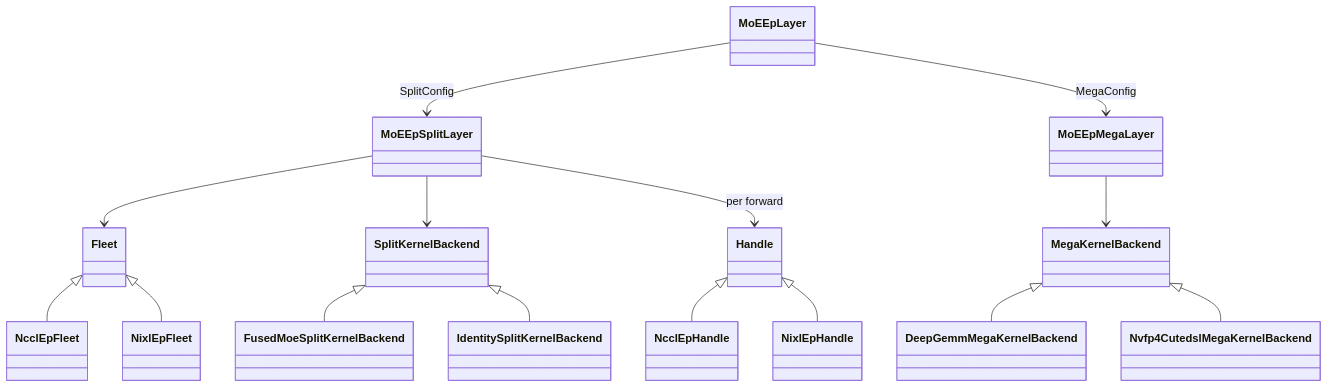
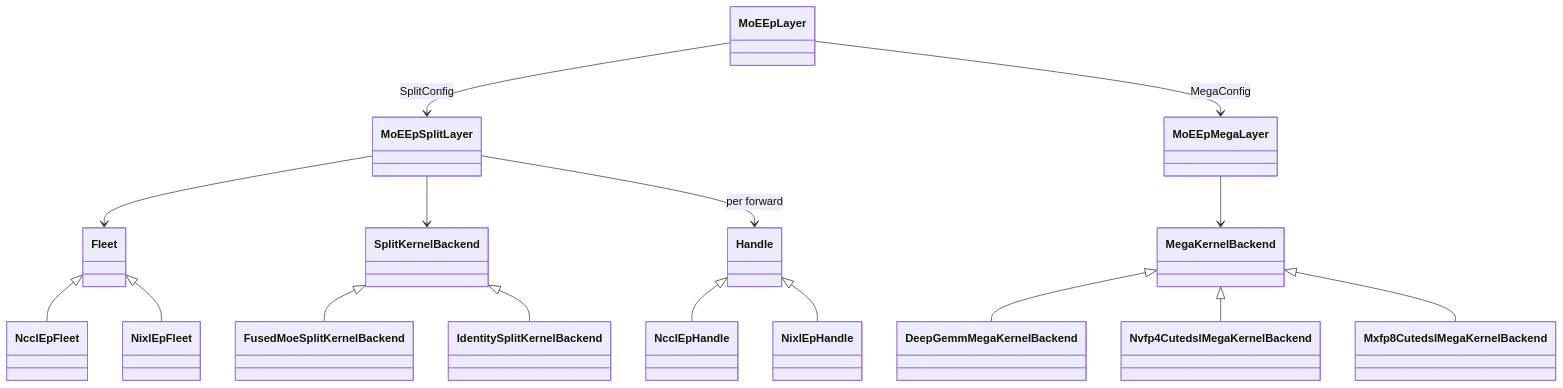
The first of 3 diagrams in flashinfer/moe_ep/design.md (flashinfer-ai/flashinfer), drawn with Mermaid before and after one commit. The commit also changed other lines of this file and 13 other files, not shown here.

````diff
--- a/flashinfer/moe_ep/design.md
+++ b/flashinfer/moe_ep/design.md
@@ -45,23 +45,24 @@
 ```mermaid
 classDiagram
     direction TB
 
     MoEEpLayer --> MoEEpSplitLayer : SplitConfig
     MoEEpLayer --> MoEEpMegaLayer : MegaConfig
 
     MoEEpSplitLayer --> Fleet
     MoEEpSplitLayer --> SplitKernelBackend
     MoEEpSplitLayer --> Handle : per forward
 
     MoEEpMegaLayer --> MegaKernelBackend
 
     Fleet <|-- NcclEpFleet
     Fleet <|-- NixlEpFleet
     Handle <|-- NcclEpHandle
     Handle <|-- NixlEpHandle
 
     SplitKernelBackend <|-- FusedMoeSplitKernelBackend
     SplitKernelBackend <|-- IdentitySplitKernelBackend
     MegaKernelBackend <|-- DeepGemmMegaKernelBackend
     MegaKernelBackend <|-- Nvfp4CutedslMegaKernelBackend
+    MegaKernelBackend <|-- Mxfp8CutedslMegaKernelBackend
 ```
````
